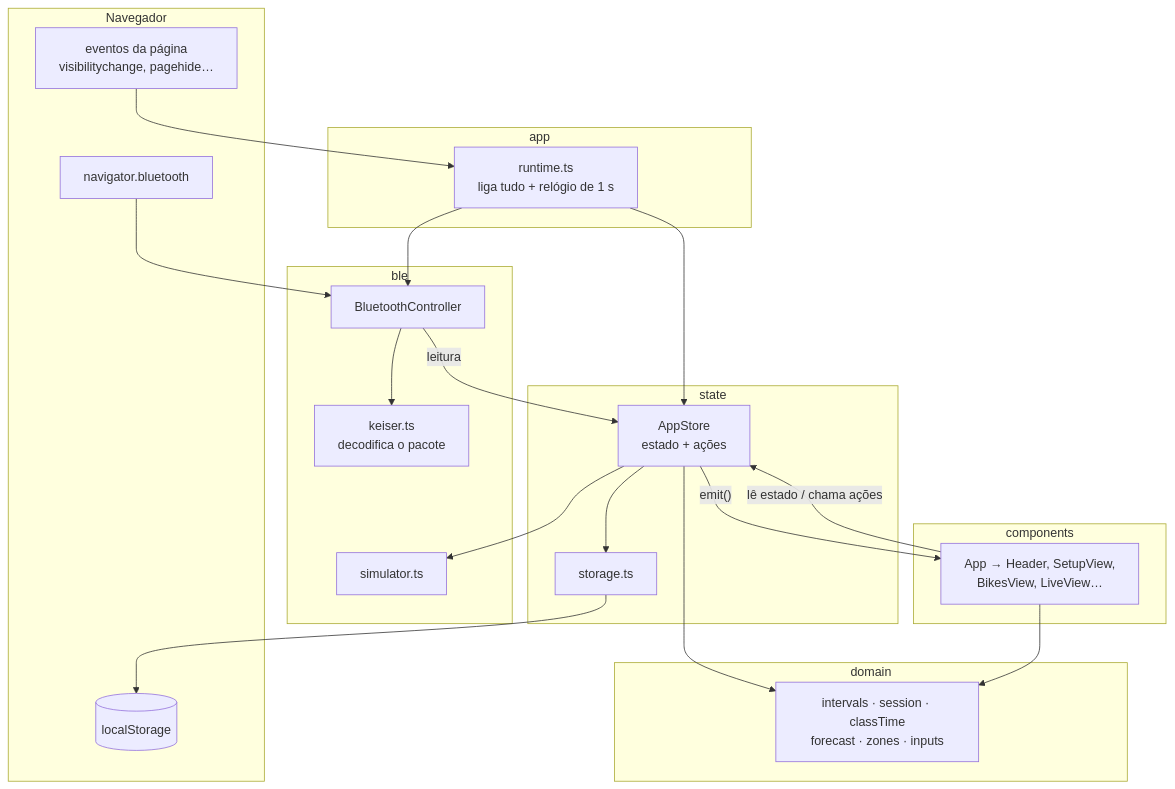
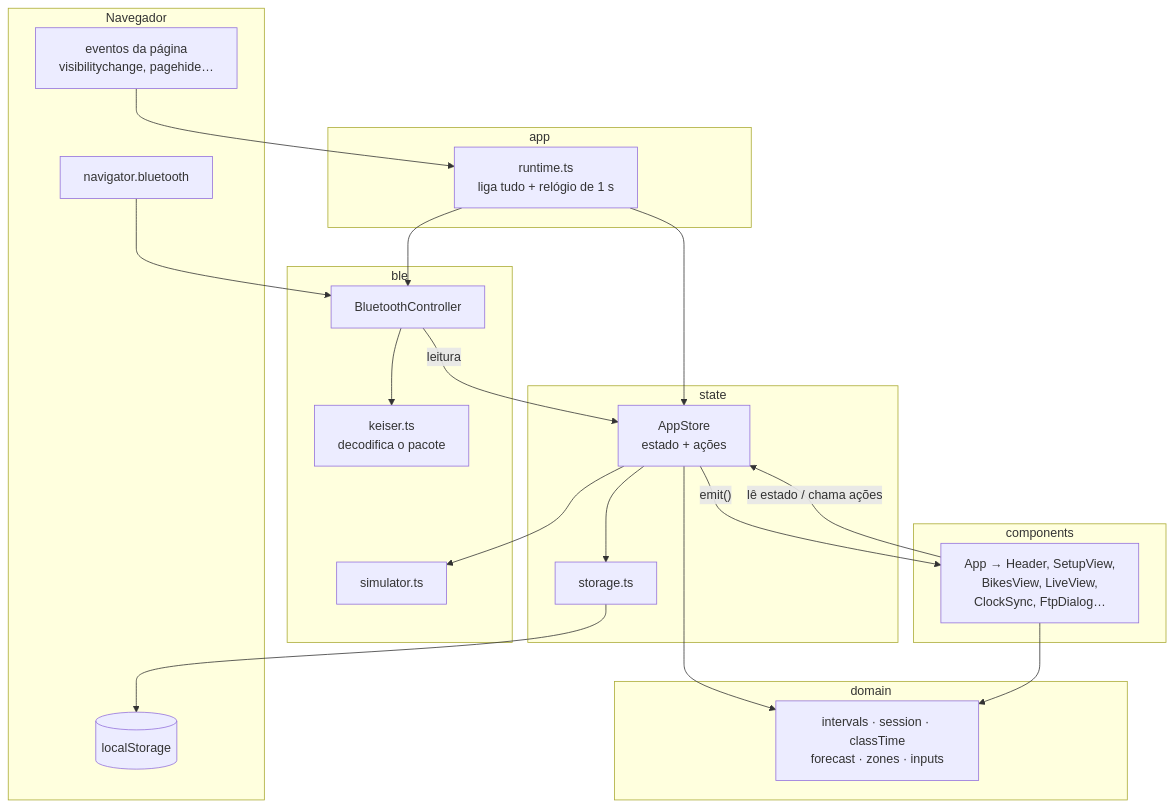
Before and after one commit to altair-sossai/calorie-burn: the first of 2 diagrams in docs/wiki/02-arquitetura.md, drawn with Mermaid. The commit also changed other lines of this file and 47 other files, not shown here.

First line of the commit message:
feat: class setup screen, synced class clock and custom modals

````diff
--- a/docs/wiki/02-arquitetura.md
+++ b/docs/wiki/02-arquitetura.md
@@ -7,35 +7,35 @@
 ```mermaid
 flowchart TB
   subgraph Navegador
     BT[navigator.bluetooth]
     LS[(localStorage)]
     EV[eventos da página<br/>visibilitychange, pagehide…]
   end
   subgraph app
     RT[runtime.ts<br/>liga tudo + relógio de 1 s]
   end
   subgraph ble
     BC[BluetoothController] --> K[keiser.ts<br/>decodifica o pacote]
     SIM[simulator.ts]
   end
   subgraph state
     ST[AppStore<br/>estado + ações] --> SG[storage.ts]
   end
   subgraph domain
     D[intervals · session · classTime<br/>forecast · zones · inputs]
   end
   subgraph components
-    UI[App → Header, SetupView,<br/>BikesView, LiveView…]
+    UI[App → Header, SetupView,<br/>BikesView, LiveView,<br/>ClockSync, FtpDialog…]
   end
   BT --> BC
   RT --> BC
   RT --> ST
   EV --> RT
   BC -- leitura --> ST
   ST --> SIM
   ST --> D
   SG --> LS
   UI -- lê estado / chama ações --> ST
   UI --> D
   ST -- emit() --> UI
 ```
````
